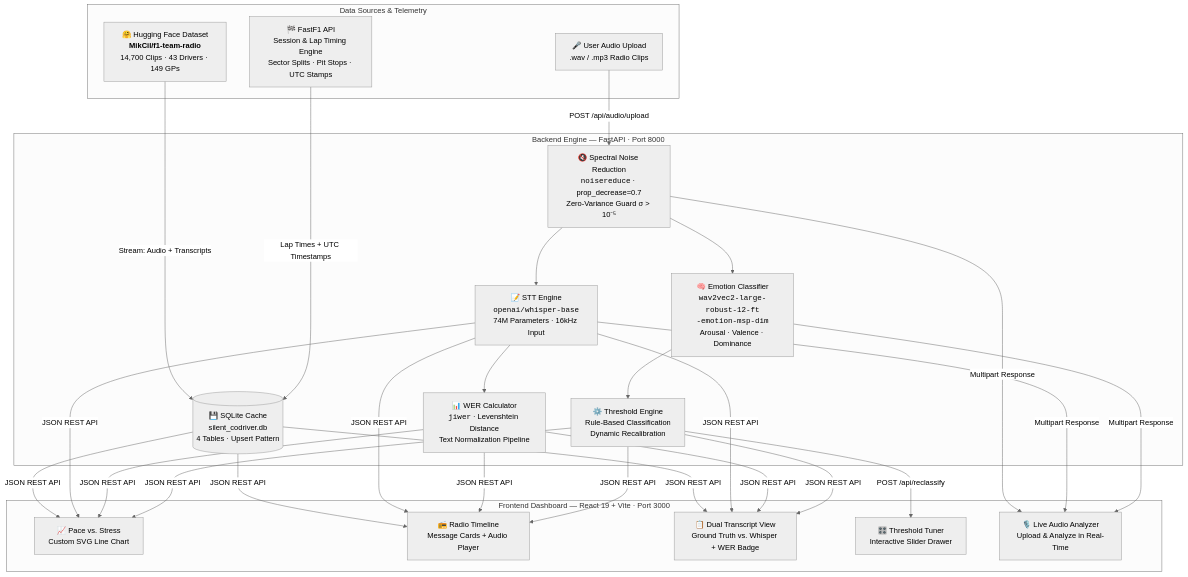
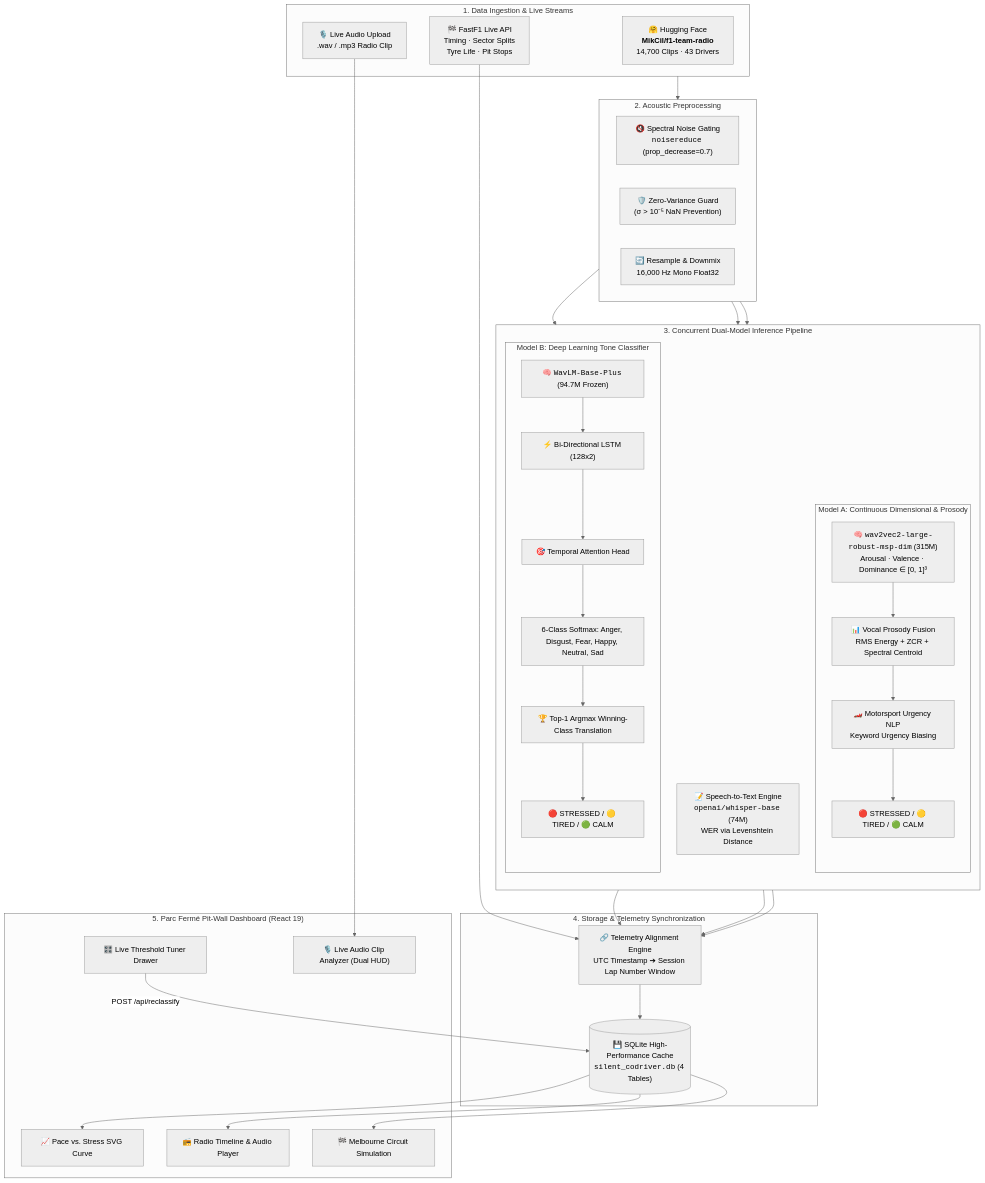
One commit to AnkitBharadva/GPHacakthon26 changed the diagram in README.md. Above: the diagram before and after it, drawn with Mermaid (neutral theme). The commit also changed other lines of this file, not shown here.

````diff
--- a/README.md
+++ b/README.md
@@ -96,38 +102,58 @@
 ```mermaid
 flowchart TD
-    subgraph DS["Data Sources & Telemetry"]
-        HF["🤗 Hugging Face Dataset<br/><b>MikCil/f1-team-radio</b><br/>14,700 Clips · 43 Drivers · 149 GPs"]
-        F1["🏁 FastF1 API<br/>Session & Lap Timing Engine<br/>Sector Splits · Pit Stops · UTC Stamps"]
-        UA["🎤 User Audio Upload<br/>.wav / .mp3 Radio Clips"]
+    subgraph INGEST["1. Data Ingestion & Live Streams"]
+        HF["🤗 Hugging Face<br/><b>MikCil/f1-team-radio</b><br/>14,700 Clips · 43 Drivers"]
+        F1["🏁 FastF1 Live API<br/>Timing · Sector Splits<br/>Tyre Life · Pit Stops"]
+        UP["🎙️ Live Audio Upload<br/>.wav / .mp3 Radio Clip"]
     end
 
-    subgraph BE["Backend Engine — FastAPI · Port 8000"]
-        NR["🔇 Spectral Noise Reduction<br/><code>noisereduce</code> · prop_decrease=0.7<br/>Zero-Variance Guard σ > 10⁻⁵"]
-        STT["📝 STT Engine<br/><code>openai/whisper-base</code><br/>74M Parameters · 16kHz Input"]
-        WER["📊 WER Calculator<br/><code>jiwer</code> · Levenshtein Distance<br/>Text Normalization Pipeline"]
-        EMO["🧠 Emotion Classifier<br/><code>wav2vec2-large-robust-12-ft<br/>-emotion-msp-dim</code><br/>Arousal · Valence · Dominance"]
-        TH["⚙️ Threshold Engine<br/>Rule-Based Classification<br/>Dynamic Recalibration"]
-        DB[("💾 SQLite Cache<br/>silent_codriver.db<br/>4 Tables · Upsert Pattern")]
+    subgraph PRE["2. Acoustic Preprocessing"]
+        SG["🔇 Spectral Noise Gating<br/><code>noisereduce</code> (prop_decrease=0.7)"]
+        ZG["🛡️ Zero-Variance Guard<br/>(σ > 10⁻⁵ NaN Prevention)"]
+        RS["🔄 Resample & Downmix<br/>16,000 Hz Mono Float32"]
     end
 
-    subgraph FE["Frontend Dashboard — React 19 + Vite · Port 3000"]
-        CH["📈 Pace vs. Stress<br/>Custom SVG Line Chart"]
-        TL["📻 Radio Timeline<br/>Message Cards + Audio Player"]
-        TR["📋 Dual Transcript View<br/>Ground Truth vs. Whisper + WER Badge"]
-        TU["🎛️ Threshold Tuner<br/>Interactive Slider Drawer"]
-        UP["🎙️ Live Audio Analyzer<br/>Upload & Analyze in Real-Time"]
+    subgraph MODELS["3. Concurrent Dual-Model Inference Pipeline"]
+        direction TB
+        WSP["📝 Speech-to-Text Engine<br/><code>openai/whisper-base</code> (74M)<br/>WER via Levenshtein Distance"]
+        
+        subgraph MODEL_A["Model A: Continuous Dimensional & Prosody"]
+            W2V["🧠 <code>wav2vec2-large-robust-msp-dim</code> (315M)<br/>Arousal · Valence · Dominance ∈ [0, 1]³"]
+            PROS["📊 Vocal Prosody Fusion<br/>RMS Energy + ZCR + Spectral Centroid"]
+            NLP["🏎️ Motorsport Urgency NLP<br/>Keyword Urgency Biasing"]
+            STATE_A["🔴 STRESSED / 🟡 TIRED / 🟢 CALM"]
+        end
+
+        subgraph MODEL_B["Model B: Deep Learning Tone Classifier"]
+            WLM["🧠 <code>WavLM-Base-Plus</code> (94.7M Frozen)"]
+            LSTM["⚡ Bi-Directional LSTM (128x2)"]
+            ATTN["🎯 Temporal Attention Head"]
+            SIX["6-Class Softmax: Anger, Disgust, Fear, Happy, Neutral, Sad"]
+            ARG["🏆 Top-1 Argmax Winning-Class Translation"]
+            STATE_B["🔴 STRESSED / 🟡 TIRED / 🟢 CALM"]
+        end
     end
 
-    HF -->|"Stream: Audio + Transcripts"| DB
-    F1 -->|"Lap Times + UTC Timestamps"| DB
-    UA -->|"POST /api/audio/upload"| NR
+    subgraph SYNC["4. Storage & Telemetry Synchronization"]
+        ALIGN["🔗 Telemetry Alignment Engine<br/>UTC Timestamp ➔ Session Lap Number Window"]
+        DB[("💾 SQLite High-Performance Cache<br/><code>silent_codriver.db</code> (4 Tables)")]
+    end
 
-    NR --> STT
-    NR --> EMO
-    STT --> WER
-    EMO --> TH
+    subgraph UI["5. Parc Fermé Pit-Wall Dashboard (React 19)"]
+        HUD["📈 Pace vs. Stress SVG Curve"]
+        TIMELINE["📻 Radio Timeline & Audio Player"]
+        SIM["🏁 Melbourne Circuit Simulation"]
+        TUNER["🎛️ Live Threshold Tuner Drawer"]
+        BYOC["🎙️ Live Audio Clip Analyzer (Dual HUD)"]
+    end
 
-    DB & STT & WER & TH -->|"JSON REST API"| CH & TL & TR
-    TH -->|"POST /api/reclassify"| TU
-    NR & STT & EMO -->|"Multipart Response"| UP
+    INGEST --> PRE
+    PRE --> WSP & W2V & WLM
+    W2V --> PROS --> NLP --> STATE_A
+    WLM --> LSTM --> ATTN --> SIX --> ARG --> STATE_B
+    WSP & STATE_A & STATE_B --> ALIGN
+    F1 --> ALIGN --> DB
+    DB --> HUD & TIMELINE & SIM
+    TUNER -->|"POST /api/reclassify"| DB
+    UP --> BYOC
 ```
````
